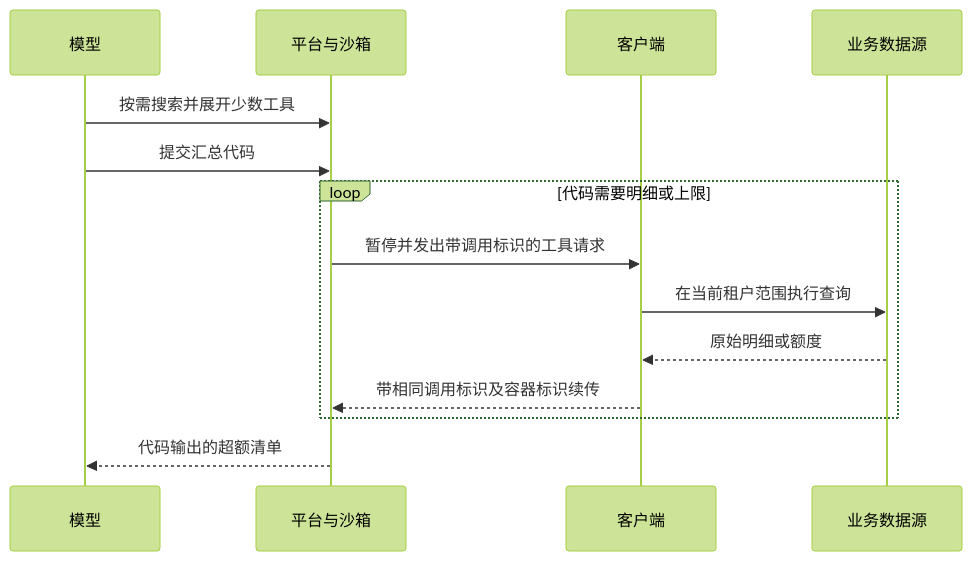
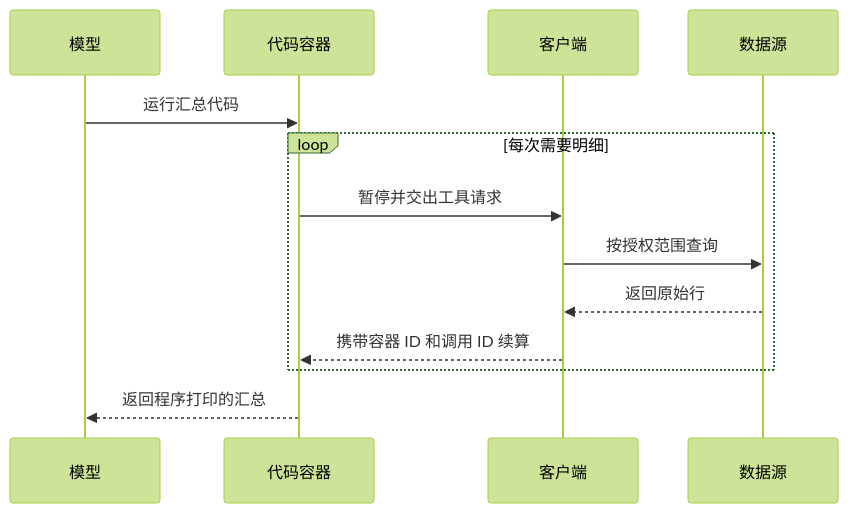
The second of 2 diagrams in 01-anthropic-foundations/02-anthropic-cookbooks-and-patterns.md (echonoshy/agent-engineering-handbook), drawn with Mermaid (forest theme) before and after one commit. The commit also changed other lines of this file and 21 other files, not shown here.

````diff
--- a/01-anthropic-foundations/02-anthropic-cookbooks-and-patterns.md
+++ b/01-anthropic-foundations/02-anthropic-cookbooks-and-patterns.md
@@ -355,16 +350,15 @@
 ```mermaid
 sequenceDiagram
     participant M as 模型
-    participant P as 平台与沙箱
-    participant C as 客户端
-    participant D as 业务数据源
-    M->>P: 按需搜索并展开少数工具
-    M->>P: 提交汇总代码
-    loop 代码需要明细或上限
-        P->>C: 暂停并发出带调用标识的工具请求
-        C->>D: 在当前租户范围执行查询
-        D-->>C: 原始明细或额度
-        C-->>P: 带相同调用标识及容器标识续传
+    participant S as 代码容器
+    participant H as 客户端
+    participant D as 数据源
+    M->>S: 运行汇总代码
+    loop 每次需要明细
+        S->>H: 暂停并交出工具请求
+        H->>D: 按授权范围查询
+        D-->>H: 返回原始行
+        H-->>S: 携带容器 ID 和调用 ID 续算
     end
-    P-->>M: 代码输出的超额清单
+    S-->>M: 返回程序打印的汇总
 ```
````
